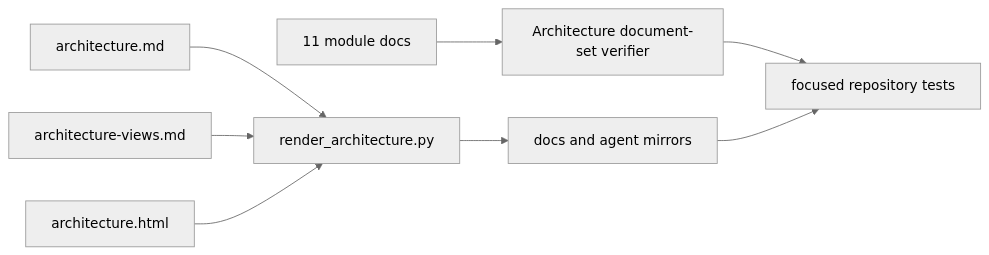
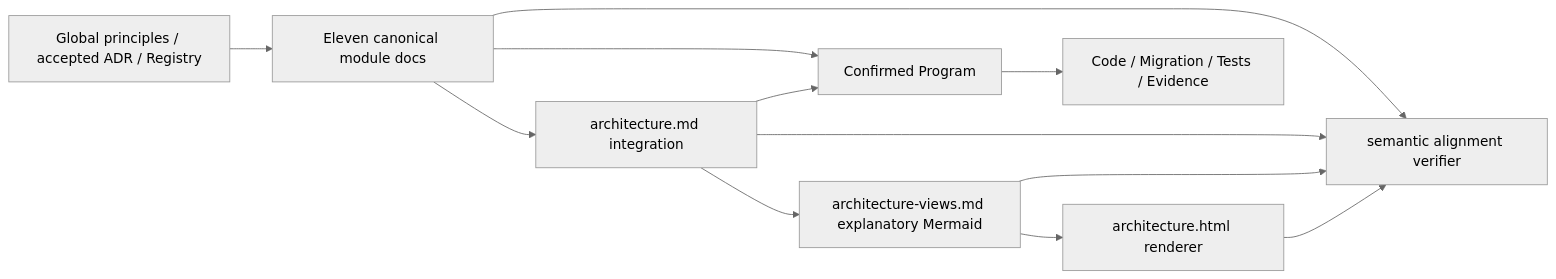
Before and after one commit to ProfessorZhi/Zuno: the sixth of 30 diagrams in .agent/architecture/architecture-views.md, drawn with Mermaid (neutral theme). The commit also changed other lines of this file and 22 other files, not shown here.

Commit message:
docs: realign total architecture with canonical modules

````diff
--- a/.agent/architecture/architecture-views.md
+++ b/.agent/architecture/architecture-views.md
@@ -90,10 +101,10 @@
 ```mermaid
 flowchart LR
-  Modules[11 module docs] --> SetGuard[Architecture document-set verifier]
-  Total[architecture.md] --> Renderer[render_architecture.py]
-  Views[architecture-views.md] --> Renderer
-  HTML[architecture.html] --> Renderer
-  Renderer --> Mirrors[docs and agent mirrors]
-  SetGuard --> Tests[focused repository tests]
-  Mirrors --> Tests
+  ADR[Global principles / accepted ADR / Registry] --> MOD[Eleven canonical module docs]
+  MOD --> ARCH[architecture.md integration]
+  ARCH --> VIEWS[architecture-views.md explanatory Mermaid]
+  VIEWS --> HTML[architecture.html renderer]
+  MOD & ARCH --> PROGRAM[Confirmed Program]
+  PROGRAM --> CODE[Code / Migration / Tests / Evidence]
+  MOD & ARCH & VIEWS & HTML --> GUARD[semantic alignment verifier]
 ```
````
